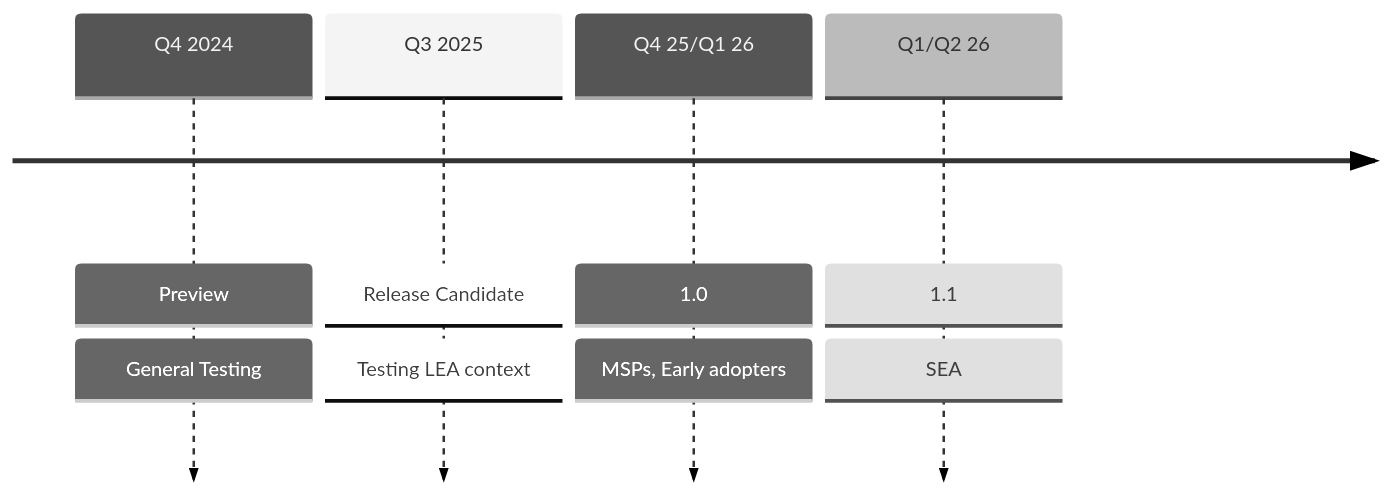
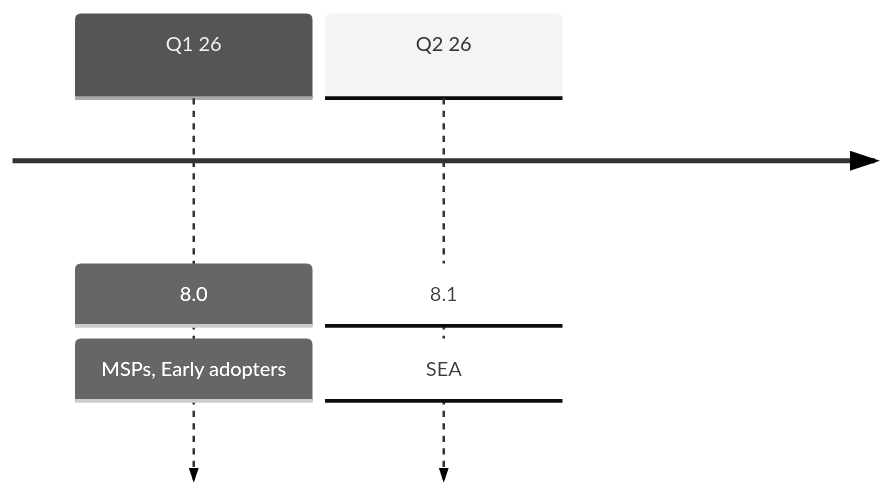
Before and after one commit to Ed-Fi-Alliance-OSS/ed-fi-alliance-oss.github.io: the diagram in docs/reference/0-roadmap/api-faq.md, drawn with Mermaid. The commit also changed other lines of this file and 11 other files, not shown here.

````diff
--- a/docs/reference/0-roadmap/api-faq.md
+++ b/docs/reference/0-roadmap/api-faq.md
@@ -120,12 +117,8 @@
 ```mermaid
 %%{init: { 'theme': 'neutral' } }%%
 timeline
-    Q4 2024 : Preview
-         : General Testing
-    Q3 2025 : Release Candidate
-         : Testing LEA context
-    Q4 25/Q1 26 : 1.0
+    Q1 26 : 8.0
          : MSPs, Early adopters
-    Q1/Q2 26 : 1.1
+    Q2 26 : 8.1
          : SEA
 ```
````
